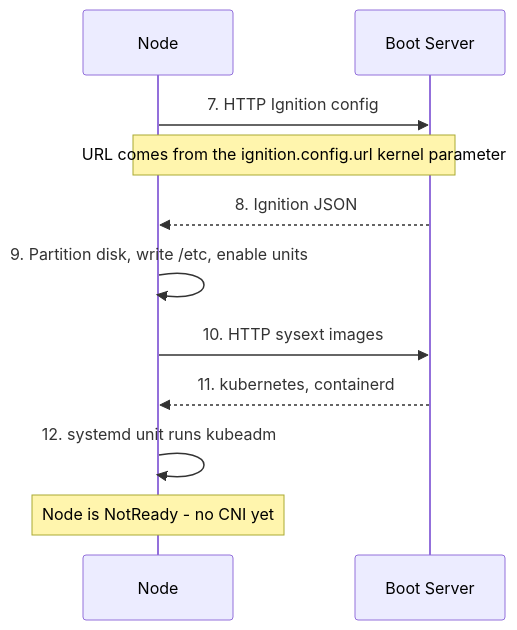
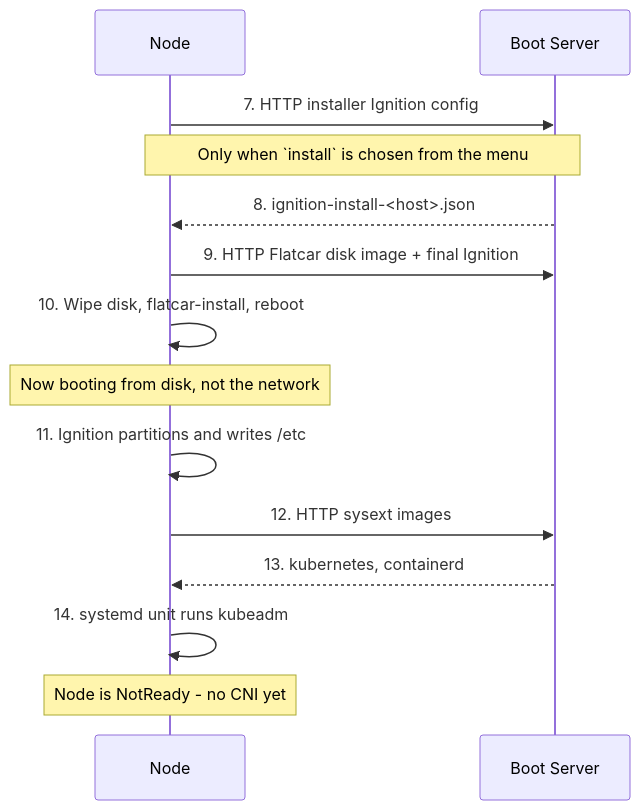
Before and after one commit to JanWelker/homelab: the second of 3 diagrams in docs/architecture/boot-process.md, drawn with Mermaid. The commit also changed other lines of this file and 15 other files, not shown here.

````diff
--- a/docs/architecture/boot-process.md
+++ b/docs/architecture/boot-process.md
@@ -44,14 +49,17 @@
 ```mermaid
 sequenceDiagram
     participant Node
     participant Server as Boot Server
 
-    Node->>Server: 7. HTTP Ignition config
-    Note over Node,Server: URL comes from the ignition.config.url kernel parameter
-    Server-->>Node: 8. Ignition JSON
-    Node->>Node: 9. Partition disk, write /etc, enable units
-    Node->>Server: 10. HTTP sysext images
-    Server-->>Node: 11. kubernetes, containerd
-    Node->>Node: 12. systemd unit runs kubeadm
+    Node->>Server: 7. HTTP installer Ignition config
+    Note over Node,Server: Only when `install` is chosen from the menu
+    Server-->>Node: 8. ignition-install-<host>.json
+    Node->>Server: 9. HTTP Flatcar disk image + final Ignition
+    Node->>Node: 10. Wipe disk, flatcar-install, reboot
+    Note over Node: Now booting from disk, not the network
+    Node->>Node: 11. Ignition partitions and writes /etc
+    Node->>Server: 12. HTTP sysext images
+    Server-->>Node: 13. kubernetes, containerd
+    Node->>Node: 14. systemd unit runs kubeadm
     Note over Node: Node is NotReady - no CNI yet
 ```
````
